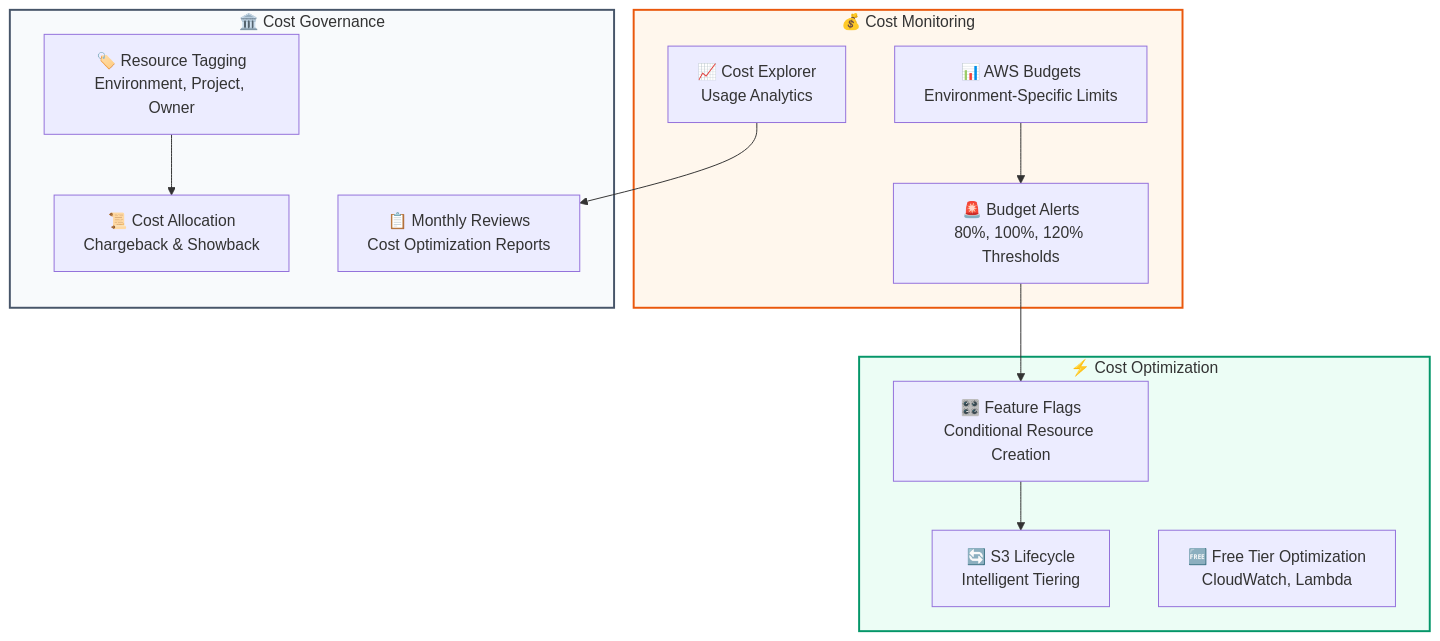
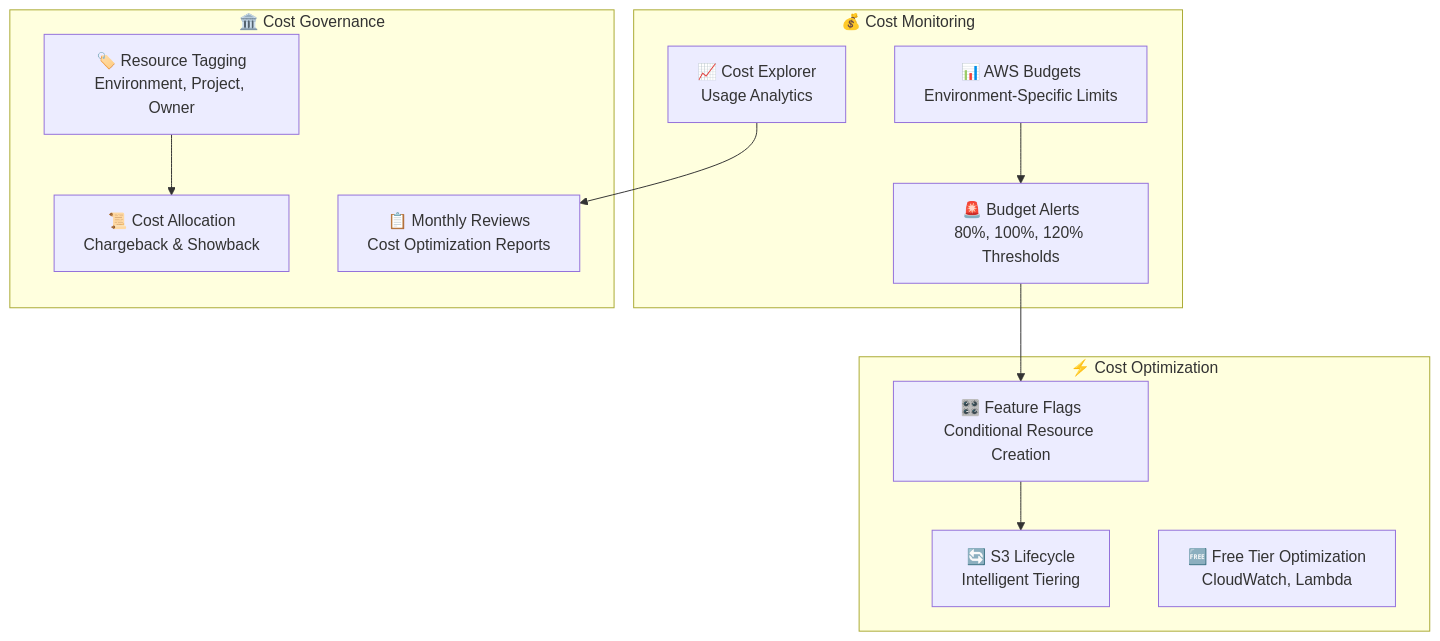
Before and after one commit to Celtikill/static-site: the seventh of 8 diagrams in docs/architecture.md, drawn with Mermaid. The commit also changed other lines of this file and 5 other files, not shown here.

````diff
--- a/docs/architecture.md
+++ b/docs/architecture.md
@@ -313,34 +267,28 @@
 ```mermaid
 graph TD
     subgraph Monitoring["💰 Cost Monitoring"]
         Budget["📊 AWS Budgets<br/>Environment-Specific Limits"]
         CostExplorer["📈 Cost Explorer<br/>Usage Analytics"]
         Alerts["🚨 Budget Alerts<br/>80%, 100%, 120% Thresholds"]
     end
 
     subgraph Optimization["⚡ Cost Optimization"]
         FeatureFlags["🎛️ Feature Flags<br/>Conditional Resource Creation"]
         Lifecycle["🔄 S3 Lifecycle<br/>Intelligent Tiering"]
         FreeTier["🆓 Free Tier Optimization<br/>CloudWatch, Lambda"]
     end
 
     subgraph Governance["🏛️ Cost Governance"]
         Tagging["🏷️ Resource Tagging<br/>Environment, Project, Owner"]
         Policies["📜 Cost Allocation<br/>Chargeback & Showback"]
         Reviews["📋 Monthly Reviews<br/>Cost Optimization Reports"]
     end
 
     Budget --> Alerts
     CostExplorer --> Reviews
     FeatureFlags --> Lifecycle
     Tagging --> Policies
     Alerts --> FeatureFlags
 
-    classDef monitorStyle fill:#fff7ed,stroke:#ea580c,stroke-width:2px
-    classDef optimizeStyle fill:#ecfdf5,stroke:#059669,stroke-width:2px
-    classDef governStyle fill:#f8fafc,stroke:#475569,stroke-width:2px
 
-    class Monitoring monitorStyle
-    class Optimization optimizeStyle
-    class Governance governStyle
 ```
````
